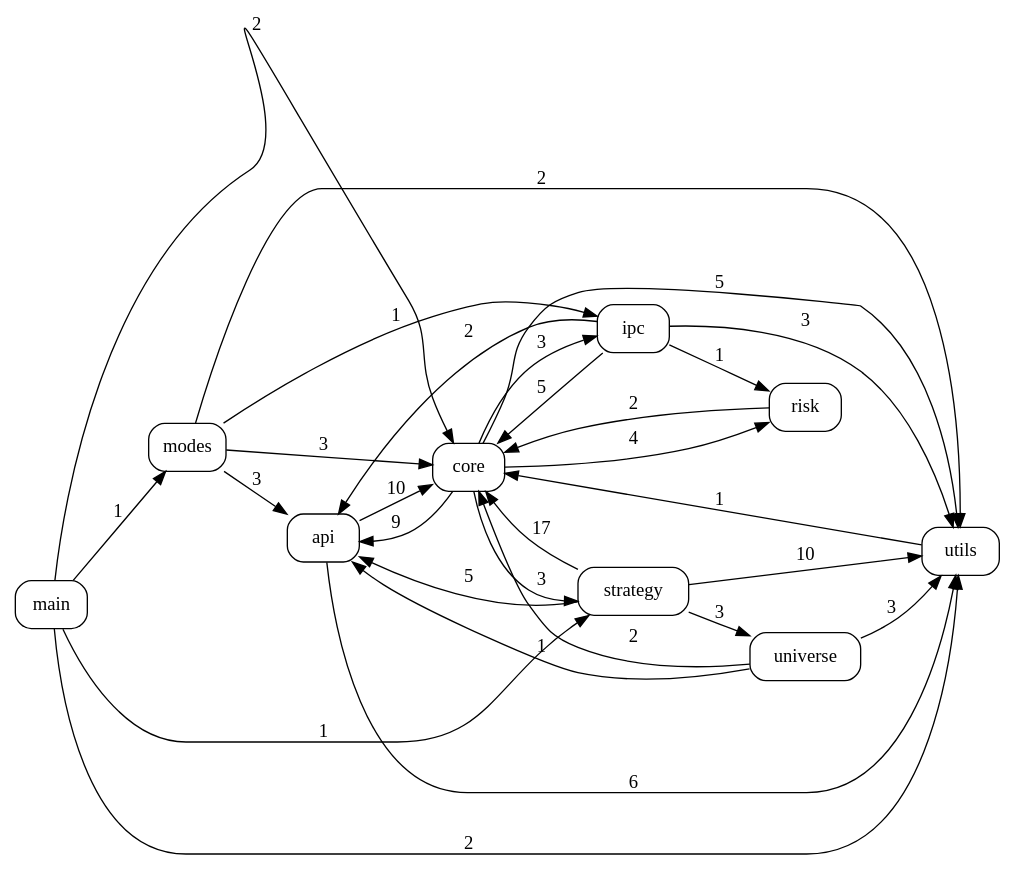
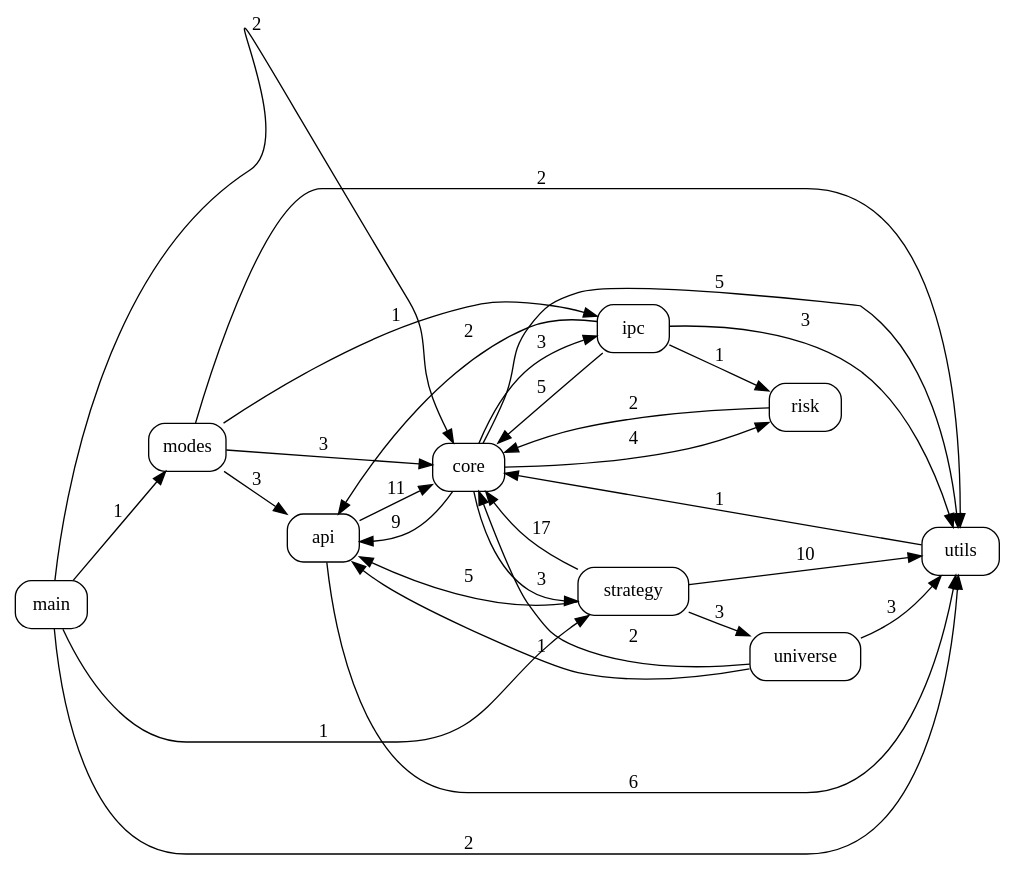
One commit to pypy8171/Quant changed the diagram in docs/code_graph.dot. Above: the diagram before and after it, drawn with Graphviz. The commit also changed 18 other files, not shown here.

```diff
--- a/docs/code_graph.dot
+++ b/docs/code_graph.dot
@@ -1,41 +1,41 @@
 digraph code_graph {
   rankdir=LR;
   node [shape=box, style=rounded, fontname="Consolas"];
   "api";
   "core";
   "ipc";
   "main";
   "modes";
   "risk";
   "strategy";
   "universe";
   "utils";
-  "api" -> "core" [label="10"];
+  "api" -> "core" [label="11"];
   "api" -> "utils" [label="6"];
   "core" -> "api" [label="9"];
   "core" -> "ipc" [label="3"];
   "core" -> "risk" [label="4"];
   "core" -> "strategy" [label="3"];
   "core" -> "utils" [label="5"];
   "ipc" -> "api" [label="2"];
   "ipc" -> "core" [label="5"];
   "ipc" -> "risk" [label="1"];
   "ipc" -> "utils" [label="3"];
   "main" -> "core" [label="2"];
   "main" -> "modes" [label="1"];
   "main" -> "strategy" [label="1"];
   "main" -> "utils" [label="2"];
   "modes" -> "api" [label="3"];
   "modes" -> "core" [label="3"];
   "modes" -> "ipc" [label="1"];
   "modes" -> "utils" [label="2"];
   "risk" -> "core" [label="2"];
   "strategy" -> "api" [label="5"];
   "strategy" -> "core" [label="17"];
   "strategy" -> "universe" [label="3"];
   "strategy" -> "utils" [label="10"];
   "universe" -> "api" [label="1"];
   "universe" -> "core" [label="2"];
   "universe" -> "utils" [label="3"];
   "utils" -> "core" [label="1"];
 }
```
